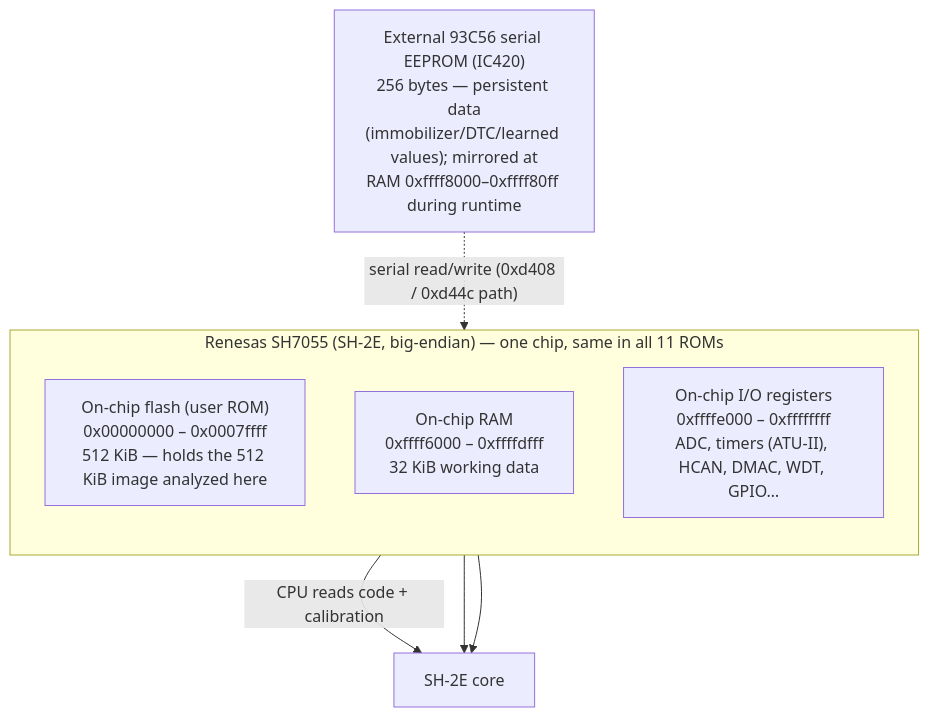
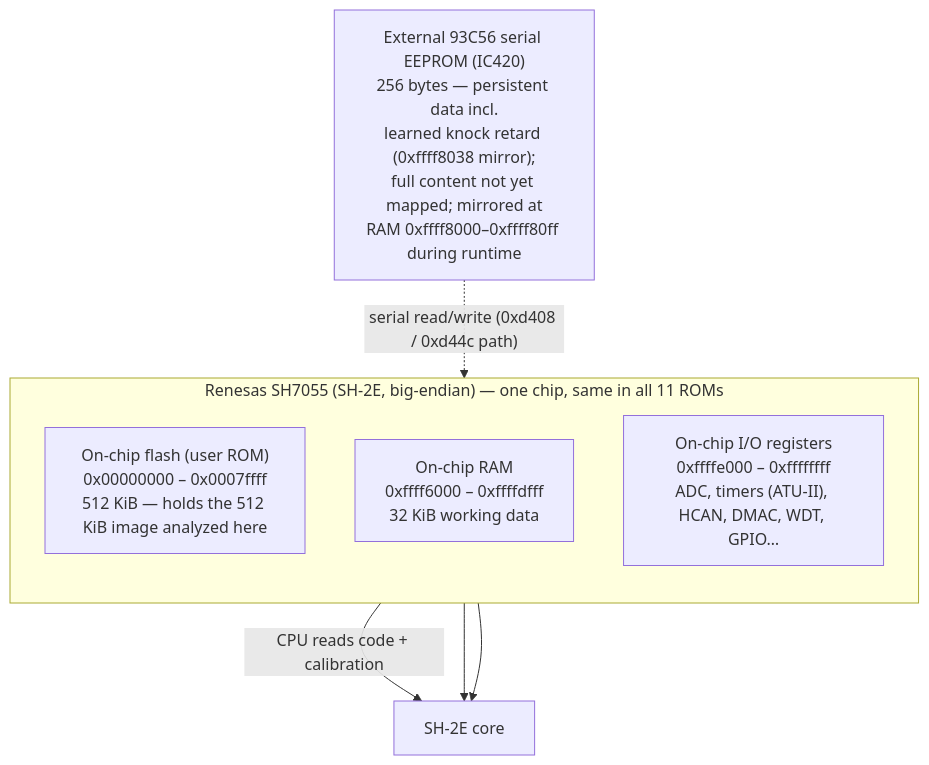
Before and after one commit to sirhamsteralot/HEE-Rx8-Reverse-Engineering: the first of 3 diagrams in docs/architecture/flash-memory-layout.md, drawn with Mermaid. The commit also changed other lines of this file, not shown here.

````diff
--- a/docs/architecture/flash-memory-layout.md
+++ b/docs/architecture/flash-memory-layout.md
@@ -56,14 +56,14 @@
 ```mermaid
 flowchart TD
     subgraph SH7055 ["Renesas SH7055 (SH-2E, big-endian) — one chip, same in all 11 ROMs"]
         direction TB
         FLASH["On-chip flash (user ROM)\n0x00000000 – 0x0007ffff\n512 KiB — holds the 512 KiB image analyzed here"]
         RAM["On-chip RAM\n0xffff6000 – 0xffffdfff\n32 KiB working data"]
         IO["On-chip I/O registers\n0xffffe000 – 0xffffffff\nADC, timers (ATU-II), HCAN, DMAC, WDT, GPIO…"]
     end
-    EEPROM["External 93C56 serial EEPROM (IC420)\n256 bytes — persistent data\n(immobilizer/DTC/learned values); mirrored at\nRAM 0xffff8000–0xffff80ff during runtime"]
+    EEPROM["External 93C56 serial EEPROM (IC420)\n256 bytes — persistent data incl.\nlearned knock retard (0xffff8038 mirror);\nfull content not yet mapped; mirrored at\nRAM 0xffff8000–0xffff80ff during runtime"]
     FLASH -->|"CPU reads code + calibration"| CPU["SH-2E core"]
     RAM --> CPU
     IO --> CPU
     EEPROM -. "serial read/write (0xd408 / 0xd44c path)" .-> RAM
 ```
````
